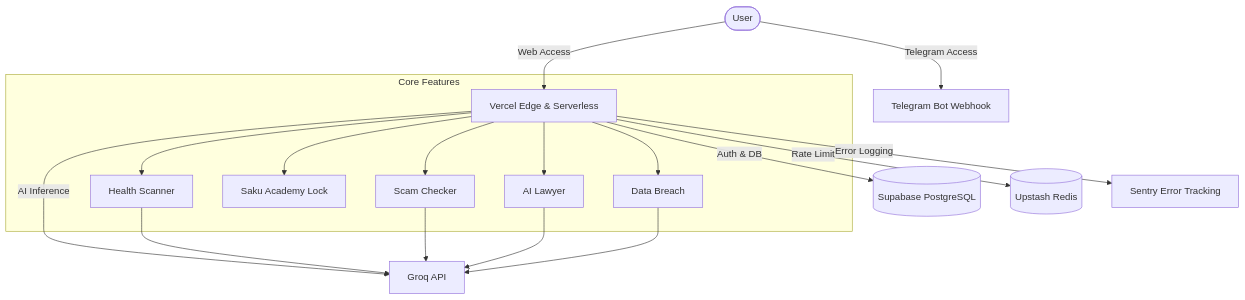
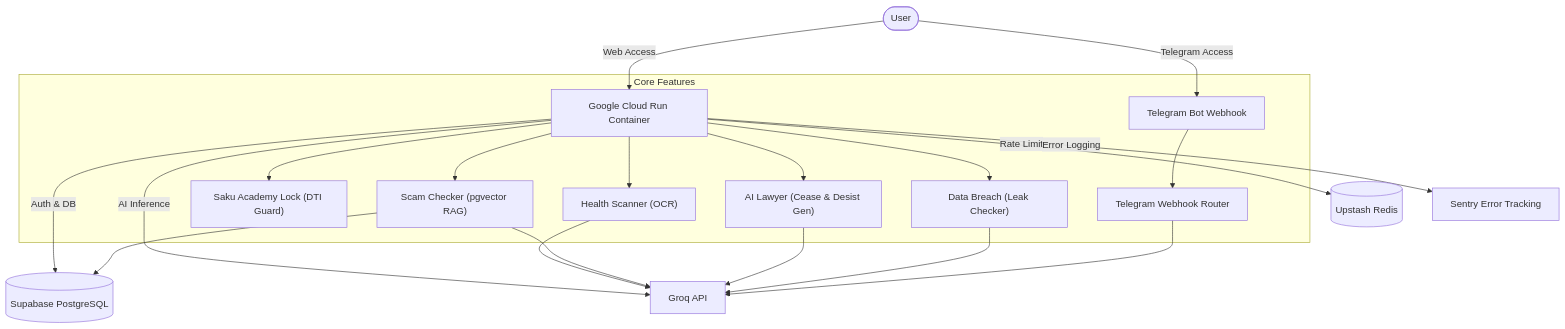
The ninth of 16 diagrams in README.md (kazanaruishere-max/SafeWallet), drawn with Mermaid before and after one commit. The commit also changed other lines of this file, not shown here.

Commit message:
docs: expand README.md with detailed high-level architecture and comprehensive Mermaid workflows for all 6 features

````diff
--- a/README.md
+++ b/README.md
@@ -268,24 +324,27 @@
 ```mermaid
 graph TD
-    User([User]) -->|Web Access| Vercel[Vercel Edge & Serverless]
+    User([User]) -->|Web Access| CloudRun[Google Cloud Run Container]
     User -->|Telegram Access| TeleBot[Telegram Bot Webhook]
 
-    Vercel -->|Auth & DB| Supabase[(Supabase PostgreSQL)]
-    Vercel -->|Rate Limit| Upstash[(Upstash Redis)]
-    Vercel -->|AI Inference| Groq[Groq API]
+    CloudRun -->|Auth & DB| Supabase[(Supabase PostgreSQL)]
+    CloudRun -->|Rate Limit| Upstash[(Upstash Redis)]
+    CloudRun -->|AI Inference| Groq[Groq API]
     
     subgraph Core_Features [Core Features]
-        Vercel --> Scanner[Health Scanner]
-        Vercel --> ScamCheck[Scam Checker]
-        Vercel --> SakuAcademy[Saku Academy Lock]
-        Vercel --> LegalGen[AI Lawyer]
-        Vercel --> Breach[Data Breach]
+        CloudRun --> Scanner["Health Scanner (OCR)"]
+        CloudRun --> ScamCheck["Scam Checker (pgvector RAG)"]
+        CloudRun --> SakuAcademy["Saku Academy Lock (DTI Guard)"]
+        CloudRun --> LegalGen["AI Lawyer (Cease & Desist Gen)"]
+        CloudRun --> Breach["Data Breach (Leak Checker)"]
+        TeleBot --> WebhookRouter["Telegram Webhook Router"]
     end
 
     Scanner --> Groq
+    ScamCheck --> Supabase
     ScamCheck --> Groq
     LegalGen --> Groq
     Breach --> Groq
+    WebhookRouter --> Groq
     
-    Vercel -->|Error Logging| Sentry[Sentry Error Tracking]
+    CloudRun -->|Error Logging| Sentry[Sentry Error Tracking]
 ```
````
